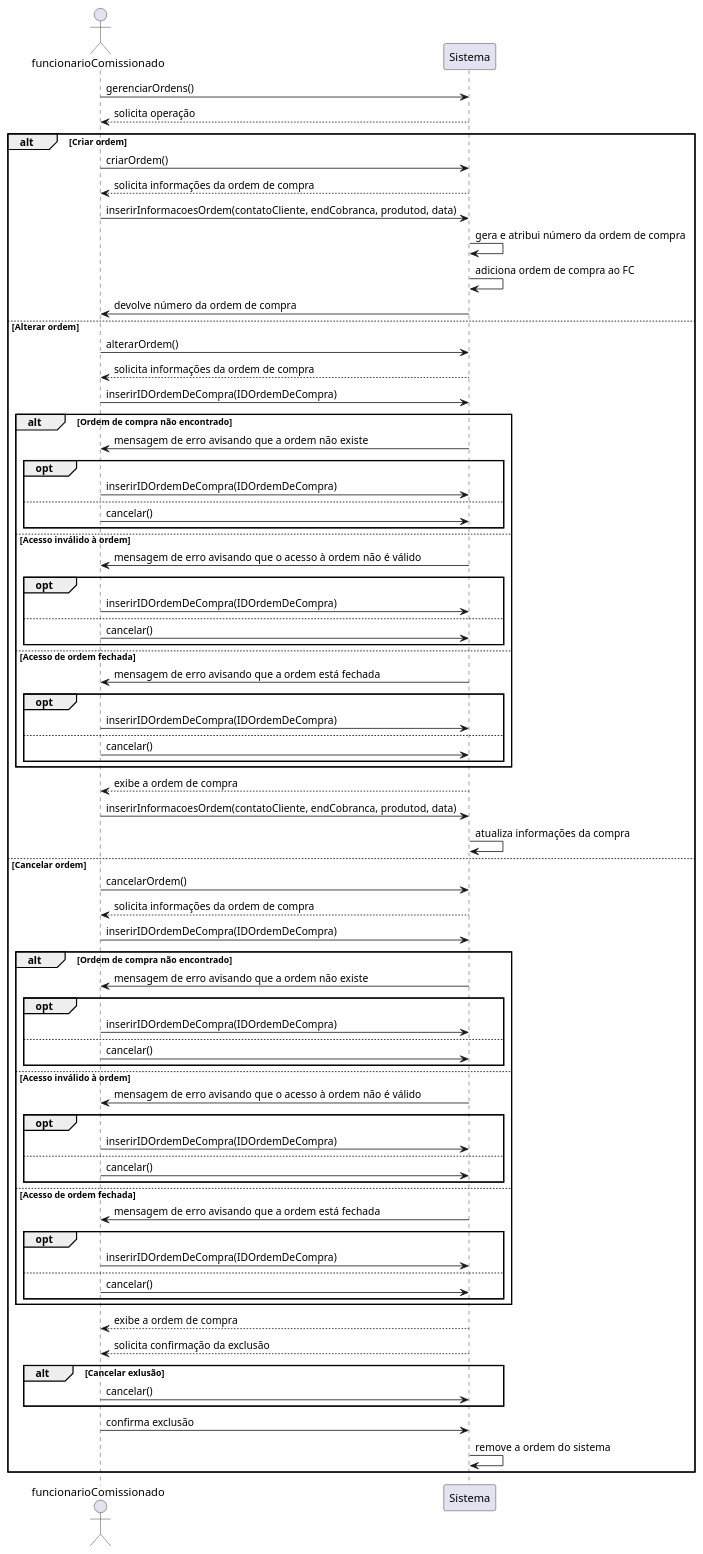
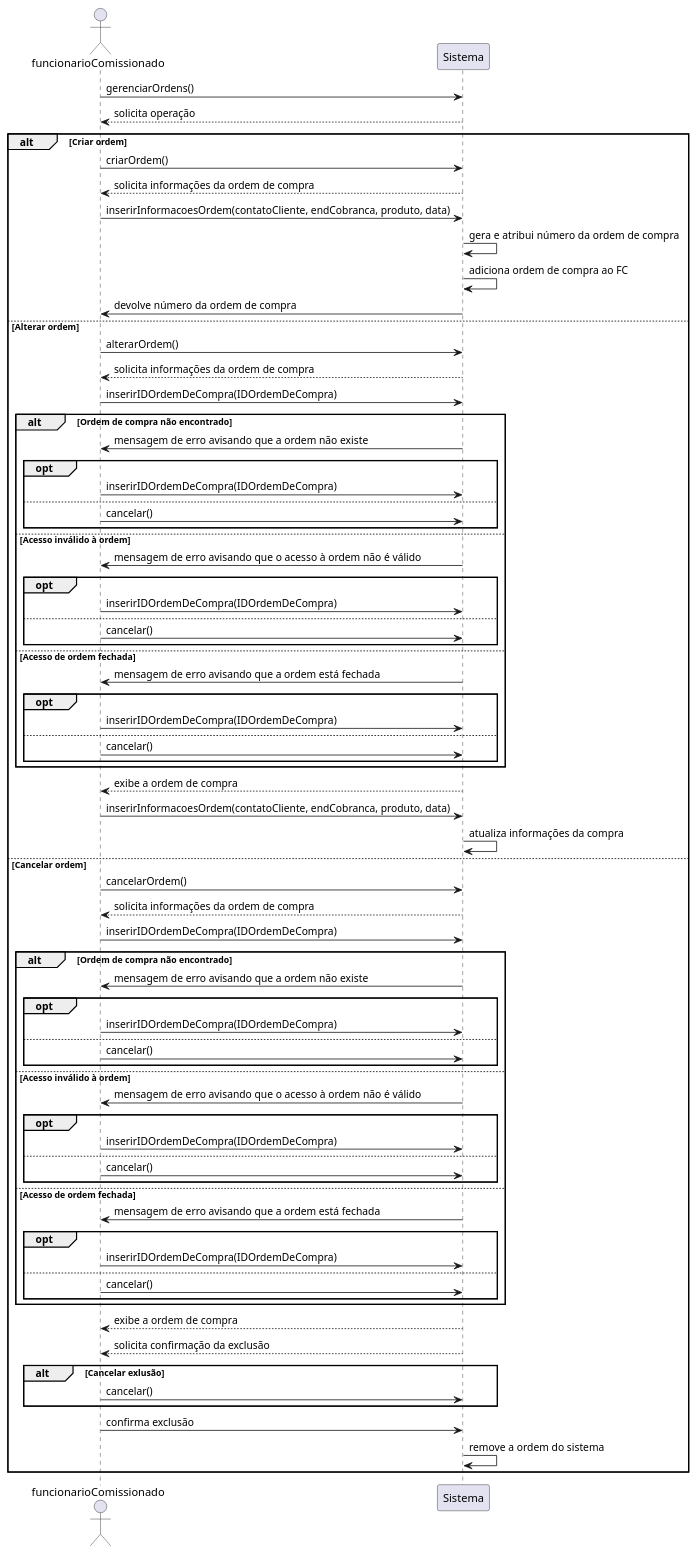
The diagram in casos_de_uso/caso-6/6-DSS.plantuml (tikaradate/CI1163-Design_de_Software), drawn with PlantUML before and after one commit. The commit also changed 2 other files, not shown here.

```diff
--- a/casos_de_uso/caso-6/6-DSS.plantuml
+++ b/casos_de_uso/caso-6/6-DSS.plantuml
@@ -1,80 +1,80 @@
 @startuml
 
 actor funcionarioComissionado as FC
 
 FC -> Sistema : gerenciarOrdens()
 FC <-- Sistema : solicita operação
 
 alt Criar ordem
     FC -> Sistema : criarOrdem()
     FC <-- Sistema : solicita informações da ordem de compra
-    FC -> Sistema : inserirInformacoesOrdem(contatoCliente, endCobranca, produtod, data)
+    FC -> Sistema : inserirInformacoesOrdem(contatoCliente, endCobranca, produto, data)
     Sistema -> Sistema : gera e atribui número da ordem de compra
     Sistema -> Sistema : adiciona ordem de compra ao FC
     FC <- Sistema : devolve número da ordem de compra
 else Alterar ordem
     FC -> Sistema : alterarOrdem()
     FC <-- Sistema : solicita informações da ordem de compra
     FC -> Sistema : inserirIDOrdemDeCompra(IDOrdemDeCompra)
     alt Ordem de compra não encontrado
         FC <- Sistema : mensagem de erro avisando que a ordem não existe
         opt
             FC -> Sistema : inserirIDOrdemDeCompra(IDOrdemDeCompra)
         else
             FC -> Sistema : cancelar()
         end
     else Acesso inválido à ordem
         FC <- Sistema : mensagem de erro avisando que o acesso à ordem não é válido
         opt
             FC -> Sistema : inserirIDOrdemDeCompra(IDOrdemDeCompra)
         else
             FC -> Sistema : cancelar()
         end
     else Acesso de ordem fechada
         FC <- Sistema : mensagem de erro avisando que a ordem está fechada
         opt
             FC -> Sistema : inserirIDOrdemDeCompra(IDOrdemDeCompra)
         else
             FC -> Sistema : cancelar()
         end
     end
     FC <-- Sistema : exibe a ordem de compra 
-    FC -> Sistema : inserirInformacoesOrdem(contatoCliente, endCobranca, produtod, data)
+    FC -> Sistema : inserirInformacoesOrdem(contatoCliente, endCobranca, produto, data)
     Sistema -> Sistema : atualiza informações da compra
 else Cancelar ordem
     FC -> Sistema : cancelarOrdem()
     FC <-- Sistema : solicita informações da ordem de compra
     FC -> Sistema : inserirIDOrdemDeCompra(IDOrdemDeCompra)
     alt Ordem de compra não encontrado
         FC <- Sistema : mensagem de erro avisando que a ordem não existe
         opt
             FC -> Sistema : inserirIDOrdemDeCompra(IDOrdemDeCompra)
         else
             FC -> Sistema : cancelar()
         end
     else Acesso inválido à ordem
         FC <- Sistema : mensagem de erro avisando que o acesso à ordem não é válido
         opt
             FC -> Sistema : inserirIDOrdemDeCompra(IDOrdemDeCompra)
         else
             FC -> Sistema : cancelar()
         end
     else Acesso de ordem fechada
         FC <- Sistema : mensagem de erro avisando que a ordem está fechada
         opt
             FC -> Sistema : inserirIDOrdemDeCompra(IDOrdemDeCompra)
         else
             FC -> Sistema : cancelar()
         end
     end
     FC <-- Sistema : exibe a ordem de compra 
     FC <-- Sistema : solicita confirmação da exclusão
     alt Cancelar exlusão
         FC -> Sistema : cancelar()
     end
     FC -> Sistema : confirma exclusão
     Sistema -> Sistema : remove a ordem do sistema
 end
 
 
 @enduml
```
